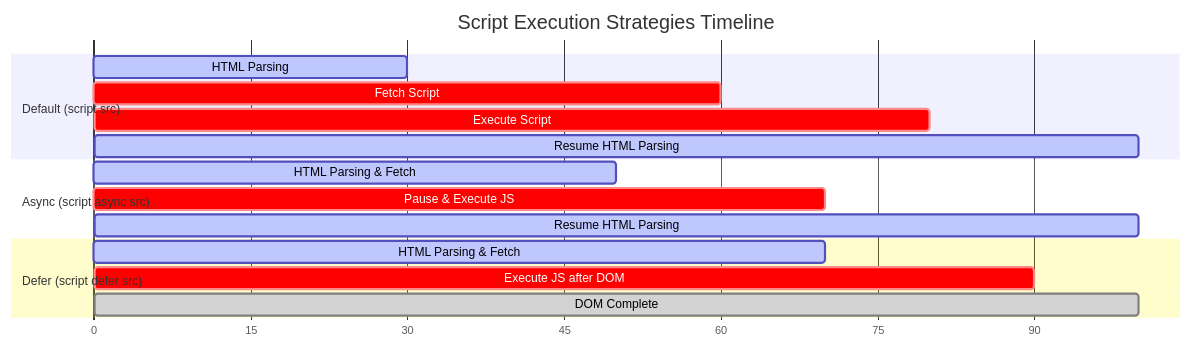
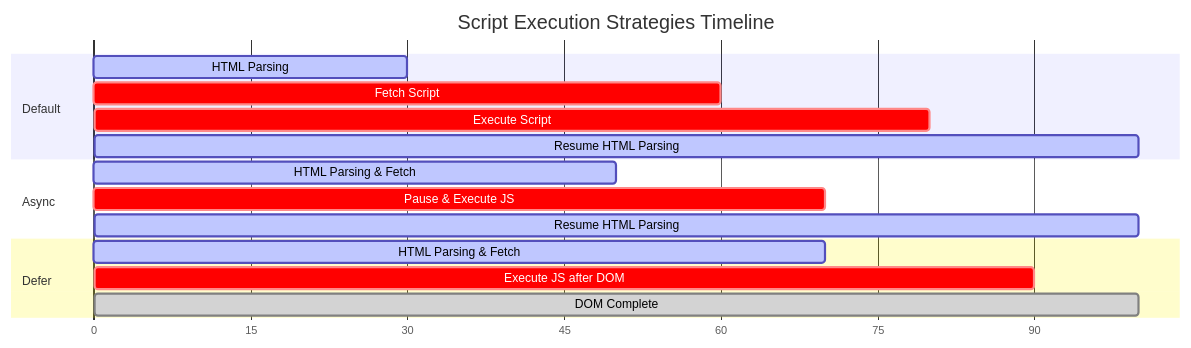
Before and after one commit to userAshwani/mastering-code: the third of 3 diagrams in JavaScript/01-Fundamentals/01-JavaScript-Introduction.md, drawn with Mermaid. The commit also changed other lines of this file and 4 other files, not shown here.

````diff
--- a/JavaScript/01-Fundamentals/01-JavaScript-Introduction.md
+++ b/JavaScript/01-Fundamentals/01-JavaScript-Introduction.md
@@ -56,22 +96,22 @@
 ```mermaid
 gantt
     title Script Execution Strategies Timeline
     dateFormat  X
     axisFormat %s
 
-    section Default (script src)
+    section Default
     HTML Parsing         :active, p1, 0, 30
     Fetch Script         :crit, s1, 30, 60
     Execute Script       :crit, e1, 60, 80
     Resume HTML Parsing  :active, p2, 80, 100
 
-    section Async (script async src)
+    section Async
     HTML Parsing & Fetch :active, ap1, 0, 50
     Pause & Execute JS   :crit, ae1, 50, 70
     Resume HTML Parsing  :active, ap2, 70, 100
 
-    section Defer (script defer src)
+    section Defer
     HTML Parsing & Fetch :active, dp1, 0, 70
     Execute JS after DOM :crit, de1, 70, 90
     DOM Complete         :done, dc, 90, 100
 ```
````
